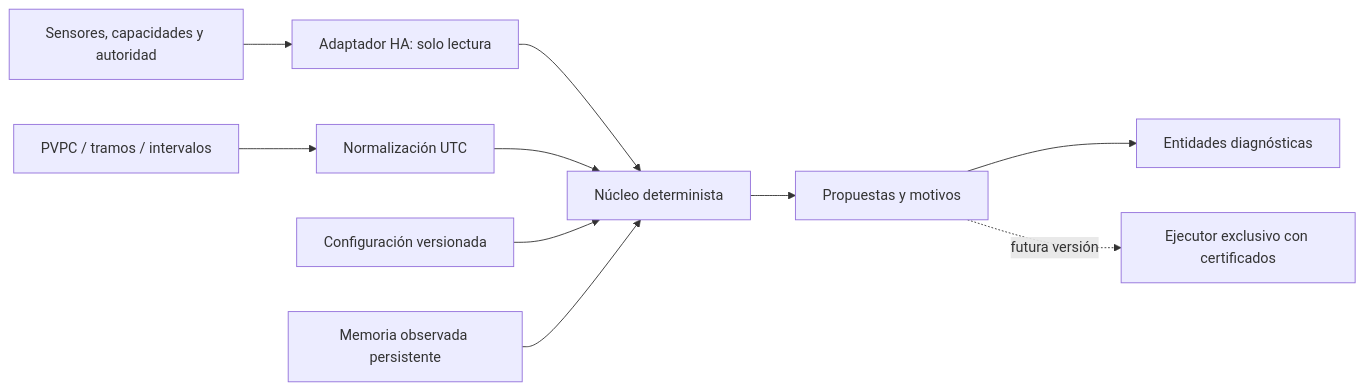
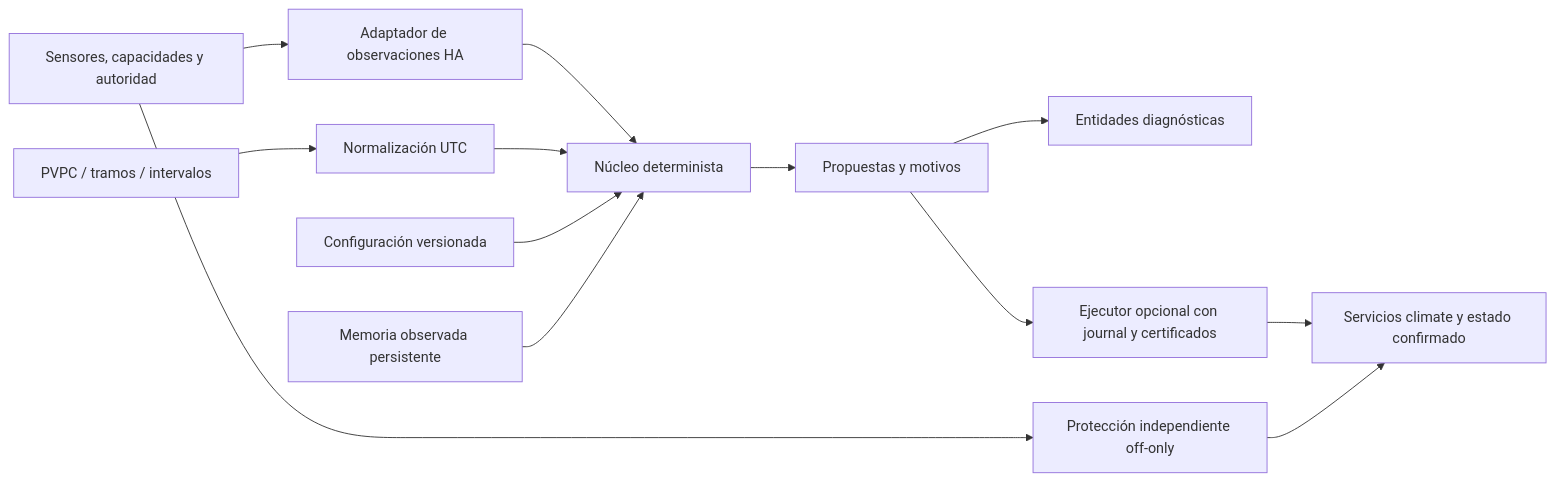
One commit to AdriNovas/home-climate-orchestrator changed the diagram in docs/ARCHITECTURE.md. Above: the diagram before and after it, drawn with Mermaid. The commit also changed other lines of this file and 36 other files, not shown here.

````diff
--- a/docs/ARCHITECTURE.md
+++ b/docs/ARCHITECTURE.md
@@ -3,12 +3,15 @@
 ```mermaid
 flowchart LR
-  S[Sensores, capacidades y autoridad] --> A[Adaptador HA: solo lectura]
+  S[Sensores, capacidades y autoridad] --> A[Adaptador de observaciones HA]
   T[PVPC / tramos / intervalos] --> N[Normalización UTC]
   A --> C[Núcleo determinista]
   N --> C
   P[Configuración versionada] --> C
   M[Memoria observada persistente] --> C
   C --> D[Propuestas y motivos]
   D --> E[Entidades diagnósticas]
-  D -. futura versión .-> X[Ejecutor exclusivo con certificados]
+  D --> X[Ejecutor opcional con journal y certificados]
+  X --> H[Servicios climate y estado confirmado]
+  S --> G[Protección independiente off-only]
+  G --> H
 ```
````
